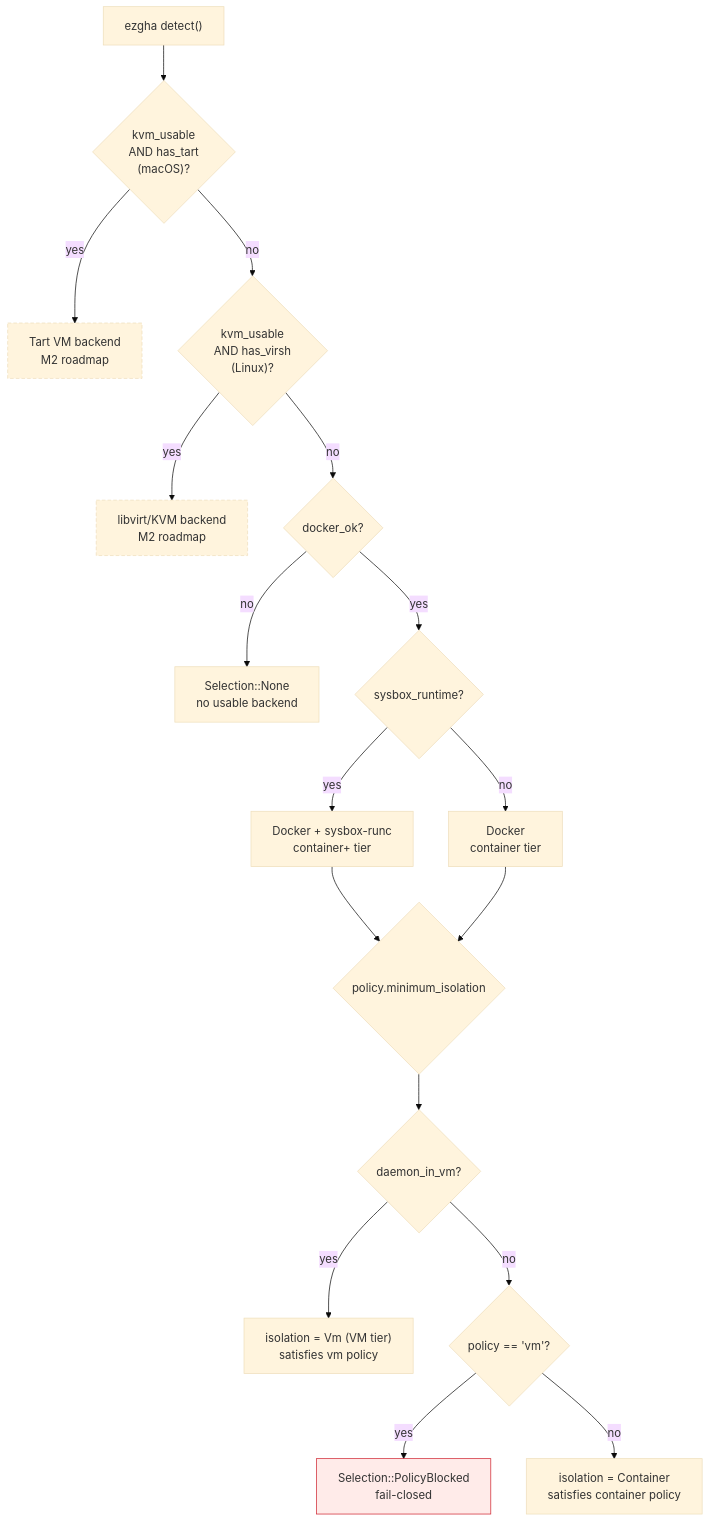
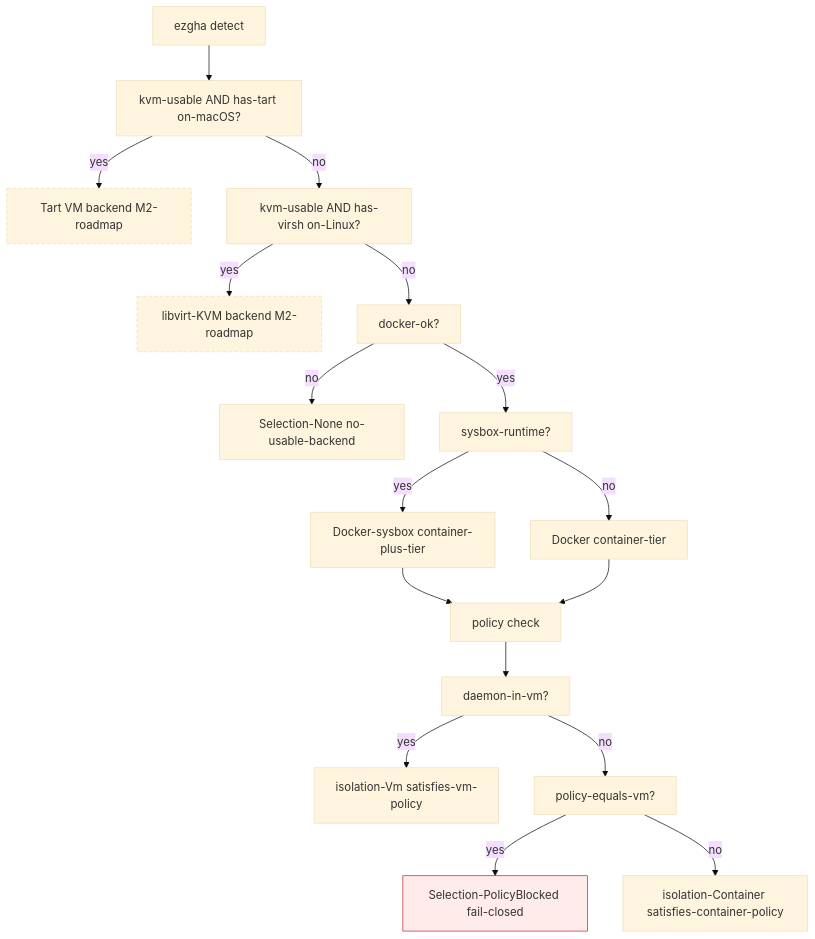
Before and after one commit to jleechanorg/ez-gh-actions: the first of 3 diagrams in README.md, drawn with Mermaid (base theme). The commit also changed 1 other file, not shown here.

Commit message:
docs: fix mermaid syntax for GitHub renderer (drop parens, operators, subgraph brackets)

````diff
--- a/README.md
+++ b/README.md
@@ -67,22 +67,22 @@
 ```mermaid
 flowchart TD
-    Start["ezgha detect()"] --> Q1{"kvm_usable<br/>AND has_tart<br/>(macOS)?"}
-    Q1 -- yes --> M2T["Tart VM backend<br/>M2 roadmap"]
-    Q1 -- no --> Q2{"kvm_usable<br/>AND has_virsh<br/>(Linux)?"}
-    Q2 -- yes --> M2L["libvirt/KVM backend<br/>M2 roadmap"]
-    Q2 -- no --> Q3{"docker_ok?"}
-    Q3 -- no --> None["Selection::None<br/>no usable backend"]
-    Q3 -- yes --> Q4{"sysbox_runtime?"}
-    Q4 -- yes --> DSys["Docker + sysbox-runc<br/>container+ tier"]
-    Q4 -- no --> DDock["Docker<br/>container tier"]
-    DSys --> Chk{"policy.minimum_isolation"}
+    Start["ezgha detect"] --> Q1["kvm-usable AND has-tart on-macOS?"]
+    Q1 -- yes --> M2T["Tart VM backend M2-roadmap"]
+    Q1 -- no --> Q2["kvm-usable AND has-virsh on-Linux?"]
+    Q2 -- yes --> M2L["libvirt-KVM backend M2-roadmap"]
+    Q2 -- no --> Q3["docker-ok?"]
+    Q3 -- no --> NoneState["Selection-None no-usable-backend"]
+    Q3 -- yes --> Q4["sysbox-runtime?"]
+    Q4 -- yes --> DSys["Docker-sysbox container-plus-tier"]
+    Q4 -- no --> DDock["Docker container-tier"]
+    DSys --> Chk["policy check"]
     DDock --> Chk
-    Chk --> Q5{"daemon_in_vm?"}
-    Q5 -- yes --> OK1["isolation = Vm (VM tier)<br/>satisfies vm policy"]
-    Q5 -- no --> Q6{"policy == 'vm'?"}
-    Q6 -- yes --> Block["Selection::PolicyBlocked<br/>fail-closed"]
-    Q6 -- no --> OK2["isolation = Container<br/>satisfies container policy"]
+    Chk --> Q5["daemon-in-vm?"]
+    Q5 -- yes --> OK1["isolation-Vm satisfies-vm-policy"]
+    Q5 -- no --> Q6["policy-equals-vm?"]
+    Q6 -- yes --> Block["Selection-PolicyBlocked fail-closed"]
+    Q6 -- no --> OK2["isolation-Container satisfies-container-policy"]
     style M2T stroke-dasharray: 5 3
     style M2L stroke-dasharray: 5 3
     style Block fill:#ffebe9,stroke:#cf222e
 ```
````
